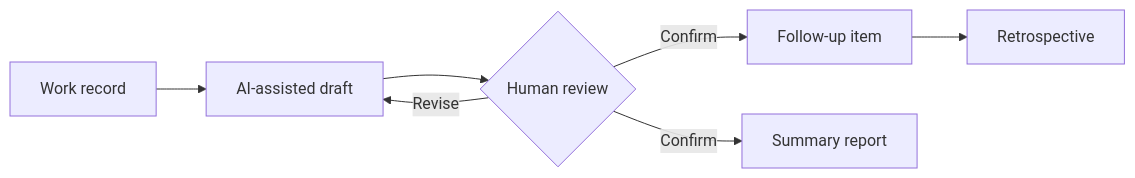
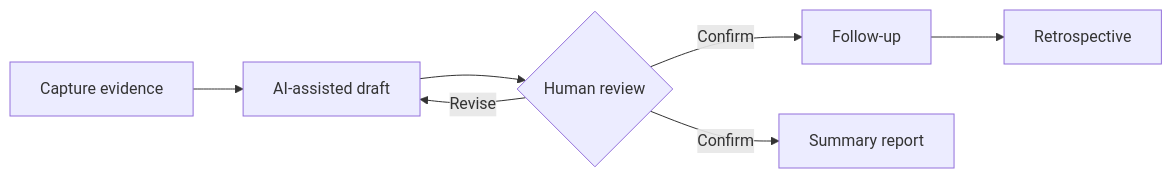
Before and after one commit to wuhaowellha-creator/organization-diagnosis-tool: the diagram in README.md, drawn with Mermaid. The commit also changed other lines of this file and 5 other files, not shown here.

````diff
--- a/README.md
+++ b/README.md
@@ -24,9 +34,9 @@
 ```mermaid
 flowchart LR
-  A[Work record] --> B[AI-assisted draft]
+  A[Capture evidence] --> B[AI-assisted draft]
   B --> C{Human review}
   C -->|Revise| B
-  C -->|Confirm| D[Follow-up item]
+  C -->|Confirm| D[Follow-up]
   C -->|Confirm| E[Summary report]
   D --> F[Retrospective]
 ```
````
